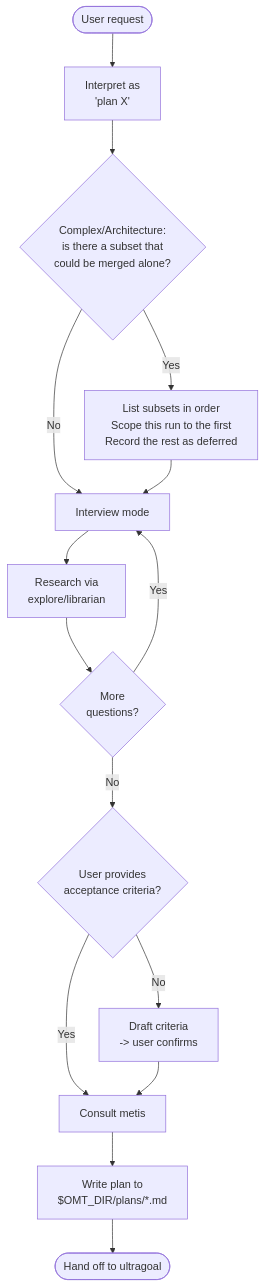
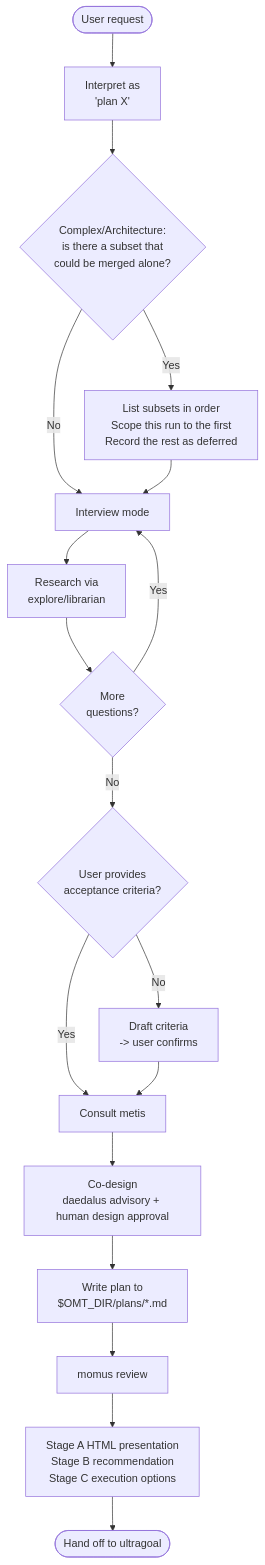
Before and after one commit to toongri/oh-my-toong-playground: the third of 4 diagrams in docs/skills/core-pipeline.en.md, drawn with Mermaid. The commit also changed other lines of this file and 4 other files, not shown here.

First line of the commit message:
docs: prometheus 파이프라인 설명에 Daedalus·Momus 반영

````diff
--- a/docs/skills/core-pipeline.en.md
+++ b/docs/skills/core-pipeline.en.md
@@ -128,17 +128,20 @@
 ```mermaid
 flowchart TB
     Start([User request]) --> Interpret["Interpret as<br/>'plan X'"]
     Interpret --> Split{"Complex/Architecture:<br/>is there a subset that<br/>could be merged alone?"}
     Split -->|No| Interview[Interview mode]
     Split -->|Yes| Slice["List subsets in order<br/>Scope this run to the first<br/>Record the rest as deferred"]
     Slice --> Interview
     Interview --> Research[Research via<br/>explore/librarian]
     Research --> More{More<br/>questions?}
     More -->|Yes| Interview
     More -->|No| Criteria{User provides<br/>acceptance criteria?}
     Criteria -->|Yes| Metis[Consult metis]
     Criteria -->|No| Draft[Draft criteria<br/>-> user confirms]
     Draft --> Metis
-    Metis --> Write["Write plan to<br/>$OMT_DIR/plans/*.md"]
-    Write --> Handoff([Hand off to ultragoal])
+    Metis --> CoDesign["Co-design<br/>daedalus advisory + human design approval"]
+    CoDesign --> Write["Write plan to<br/>$OMT_DIR/plans/*.md"]
+    Write --> Momus[momus review]
+    Momus --> Present["Stage A HTML presentation<br/>Stage B recommendation<br/>Stage C execution options"]
+    Present --> Handoff([Hand off to ultragoal])
 ```
````
